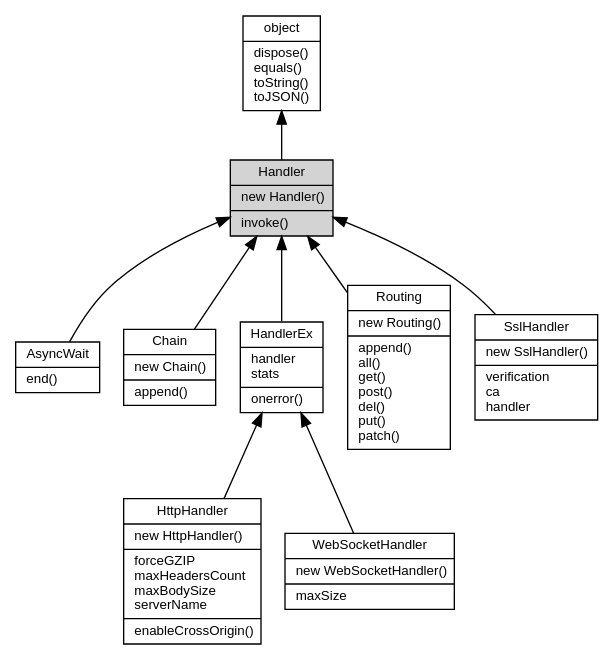
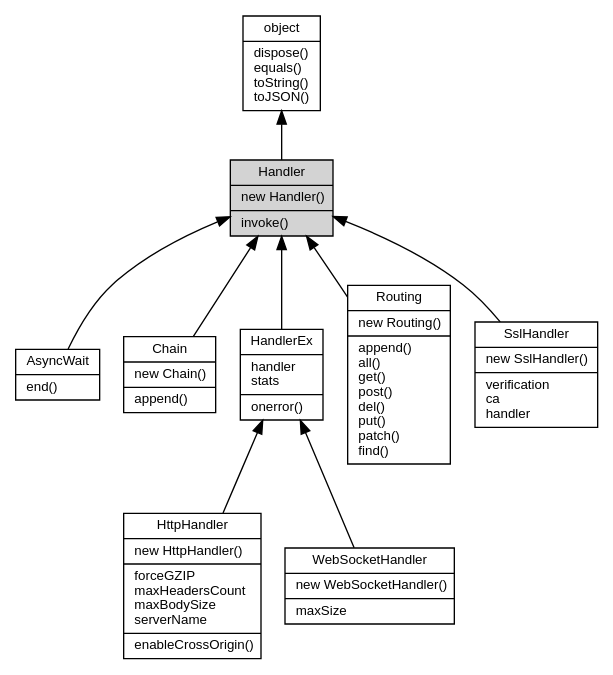
Before and after one commit to fibjs/fibjs.org: the diagram in docs/manual/object/ifs/Handler.md, drawn with Graphviz. The commit also changed 29 other files, not shown here.

````diff
--- a/docs/manual/object/ifs/Handler.md
+++ b/docs/manual/object/ifs/Handler.md
@@ -5,24 +5,24 @@
 ```dot
 digraph {
     node [fontname="Helvetica,sans-Serif", fontsize=10, shape="record", style="filled", fillcolor="white"];
 
     object [tooltip="object", URL="object.md", label="{object|dispose()\lequals()\ltoString()\ltoJSON()\l}"];
     Handler [tooltip="Handler", fillcolor="lightgray", label="{Handler|new Handler()\l|invoke()\l}"];
     AsyncWait [tooltip="AsyncWait", URL="AsyncWait.md", label="{AsyncWait|end()\l}"];
     Chain [tooltip="Chain", URL="Chain.md", label="{Chain|new Chain()\l|append()\l}"];
     HandlerEx [tooltip="HandlerEx", URL="HandlerEx.md", label="{HandlerEx|handler\lstats\l|onerror()\l}"];
     HttpHandler [tooltip="HttpHandler", URL="HttpHandler.md", label="{HttpHandler|new HttpHandler()\l|forceGZIP\lmaxHeadersCount\lmaxBodySize\lserverName\l|enableCrossOrigin()\l}"];
     WebSocketHandler [tooltip="WebSocketHandler", URL="WebSocketHandler.md", label="{WebSocketHandler|new WebSocketHandler()\l|maxSize\l}"];
-    Routing [tooltip="Routing", URL="Routing.md", label="{Routing|new Routing()\l|append()\lall()\lget()\lpost()\ldel()\lput()\lpatch()\l}"];
+    Routing [tooltip="Routing", URL="Routing.md", label="{Routing|new Routing()\l|append()\lall()\lget()\lpost()\ldel()\lput()\lpatch()\lfind()\l}"];
     SslHandler [tooltip="SslHandler", URL="SslHandler.md", label="{SslHandler|new SslHandler()\l|verification\lca\lhandler\l}"];
 
     object -> Handler [dir=back];
     Handler -> AsyncWait [dir=back];
     Handler -> Chain [dir=back];
     Handler -> HandlerEx [dir=back];
     HandlerEx -> HttpHandler [dir=back];
     HandlerEx -> WebSocketHandler [dir=back];
     Handler -> Routing [dir=back];
     Handler -> SslHandler [dir=back];
 }
 ```
````
